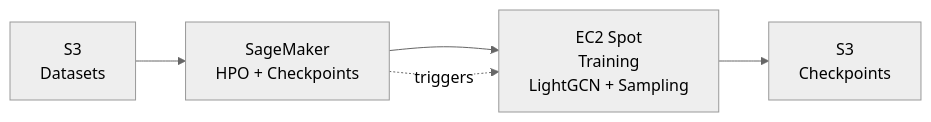
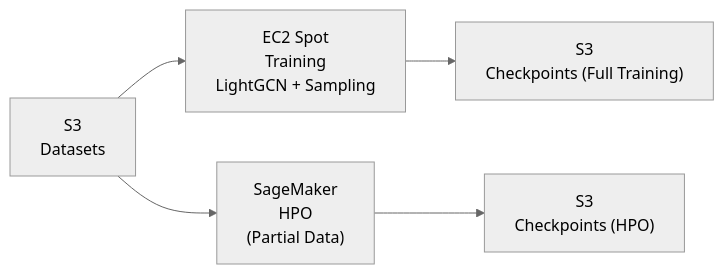
Before and after one commit to ehyecha/long-tail-gnn-recsys: the diagram in README.md, drawn with Mermaid (neutral theme).

````diff
--- a/README.md
+++ b/README.md
@@ -40,9 +40,8 @@
 ```mermaid
 flowchart LR
-    S3_Data["S3<br/>Datasets"] --> SageMaker["SageMaker<br/>HPO + Checkpoints"]
-    SageMaker --> EC2["EC2 Spot<br/>Training<br/>LightGCN + Sampling"]
-    EC2 --> S3_Model["S3<br/>Checkpoints"]
-
-    %% 옵션으로 SageMaker가 EC2에서 학습을 트리거한다는 점 표시
-    SageMaker -. triggers .-> EC2
+    S3_Data["S3<br/>Datasets"] --> EC2["EC2 Spot<br/>Training<br/>LightGCN + Sampling"]
+    S3_Data --> SageMaker["SageMaker<br/>HPO<br/>(Partial Data)"]
+    
+    EC2 --> S3_Model_EC2["S3<br/>Checkpoints (Full Training)"]
+    SageMaker --> S3_Model_HPO["S3<br/>Checkpoints (HPO)"]
 ```
````
